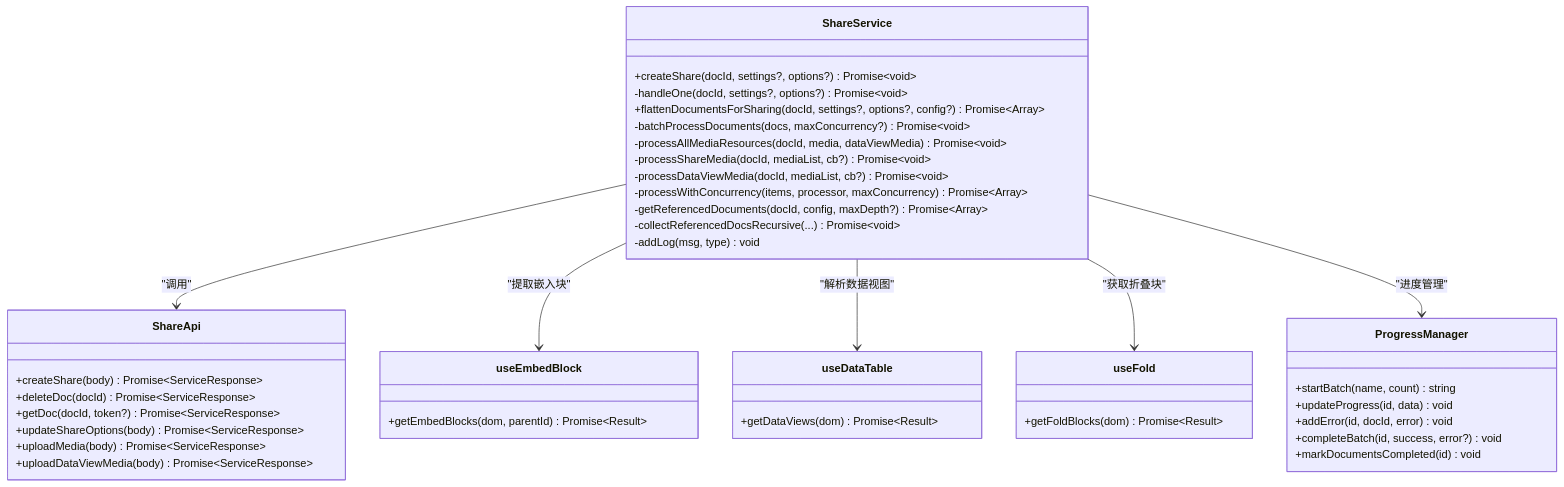
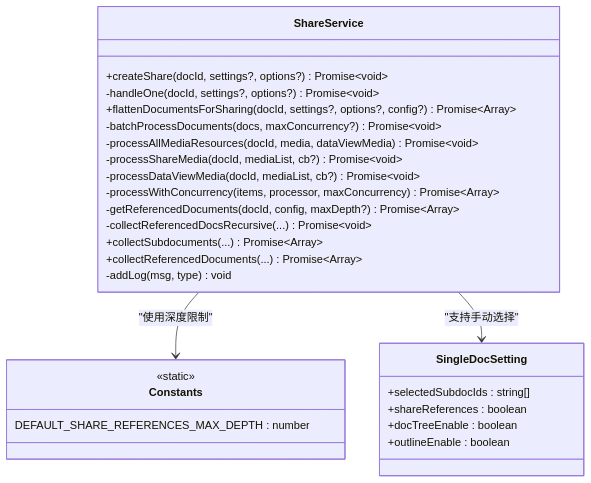
One commit to terwerinc/siyuan-plugin-share-pro changed the third of 7 diagrams in .qoder/repowiki/zh/content/核心功能/分享服务.md. Above: the diagram before and after it, drawn with Mermaid. The commit also changed other lines of this file and 10 other files, not shown here.

````diff
--- a/.qoder/repowiki/zh/content/核心功能/分享服务.md
+++ b/.qoder/repowiki/zh/content/核心功能/分享服务.md
@@ -184,45 +221,30 @@
 ```mermaid
 classDiagram
 class ShareService {
 +createShare(docId, settings?, options?) Promise~void~
 -handleOne(docId, settings?, options?) Promise~void~
 +flattenDocumentsForSharing(docId, settings?, options?, config?) Promise~Array~
 -batchProcessDocuments(docs, maxConcurrency?) Promise~void~
 -processAllMediaResources(docId, media, dataViewMedia) Promise~void~
 -processShareMedia(docId, mediaList, cb?) Promise~void~
 -processDataViewMedia(docId, mediaList, cb?) Promise~void~
 -processWithConcurrency(items, processor, maxConcurrency) Promise~Array~
 -getReferencedDocuments(docId, config, maxDepth?) Promise~Array~
 -collectReferencedDocsRecursive(...) Promise~void~
++collectSubdocuments(...) Promise~Array~
++collectReferencedDocuments(...) Promise~Array~
 -addLog(msg, type) void
 }
-class ShareApi {
-+createShare(body) Promise~ServiceResponse~
-+deleteDoc(docId) Promise~ServiceResponse~
-+getDoc(docId, token?) Promise~ServiceResponse~
-+updateShareOptions(body) Promise~ServiceResponse~
-+uploadMedia(body) Promise~ServiceResponse~
-+uploadDataViewMedia(body) Promise~ServiceResponse~
+class Constants {
+<<static>>
+DEFAULT_SHARE_REFERENCES_MAX_DEPTH : number
 }
-class useEmbedBlock {
-+getEmbedBlocks(dom, parentId) Promise~Result~
+class SingleDocSetting {
++selectedSubdocIds : string[]
++shareReferences : boolean
++docTreeEnable : boolean
++outlineEnable : boolean
 }
-class useDataTable {
-+getDataViews(dom) Promise~Result~
-}
-class useFold {
-+getFoldBlocks(dom) Promise~Result~
-}
-class ProgressManager {
-+startBatch(name, count) string
-+updateProgress(id, data) void
-+addError(id, docId, error) void
-+completeBatch(id, success, error?) void
-+markDocumentsCompleted(id) void
-}
-ShareService --> ShareApi : "调用"
-ShareService --> useEmbedBlock : "提取嵌入块"
-ShareService --> useDataTable : "解析数据视图"
-ShareService --> useFold : "获取折叠块"
-ShareService --> ProgressManager : "进度管理"
+ShareService --> Constants : "使用深度限制"
+ShareService --> SingleDocSetting : "支持手动选择"
 ```
````
